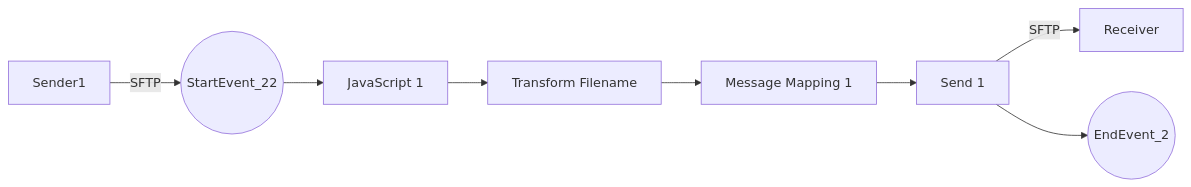
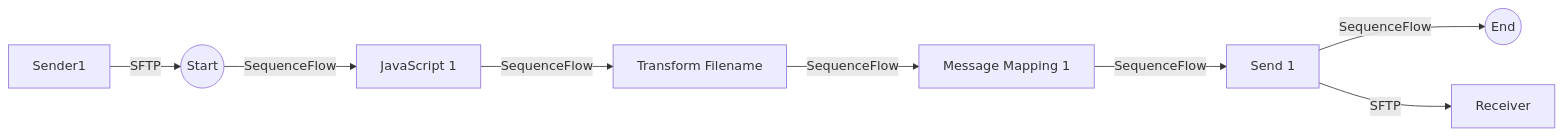
Before and after one commit to Avvale-IA-CICD/AvvaleCPI: the diagram in REPSOL - SFTP IFLOWS/Connectivity_test_UK2_SFTP_copy/1.0.1/readme.md, drawn with Mermaid. The commit also changed other lines of this file, not shown here.

Commit message:
docs: Add/update version README for REPSOL - SFTP IFLOWS/Connectivity_test_UK2_SFTP_copy/1.0.1

````diff
--- a/REPSOL - SFTP IFLOWS/Connectivity_test_UK2_SFTP_copy/1.0.1/readme.md
+++ b/REPSOL - SFTP IFLOWS/Connectivity_test_UK2_SFTP_copy/1.0.1/readme.md
@@ -4,11 +4,11 @@
 ```mermaid
 graph LR
     Participant_21[Sender1]
-    Participant_21 -- SFTP --> StartEvent_22((StartEvent_22))
-    StartEvent_22 --> CallActivity_30[JavaScript 1]
-    CallActivity_30 --> CallActivity_25[Transform Filename]
-    CallActivity_25 --> CallActivity_27[Message Mapping 1]
-    CallActivity_27 --> ServiceTask_16[Send 1]
+    Participant_21 -- SFTP --> StartEvent_22((Start))
+    StartEvent_22 -- SequenceFlow --> CallActivity_30["JavaScript 1"]
+    CallActivity_30 -- SequenceFlow --> CallActivity_25["Transform Filename"]
+    CallActivity_25 -- SequenceFlow --> CallActivity_27["Message Mapping 1"]
+    CallActivity_27 -- SequenceFlow --> ServiceTask_16["Send 1"]
+    ServiceTask_16 -- SequenceFlow --> EndEvent_2((End))
     ServiceTask_16 -- SFTP --> Participant_2[Receiver]
-    ServiceTask_16 --> EndEvent_2((EndEvent_2))
 ```
````
